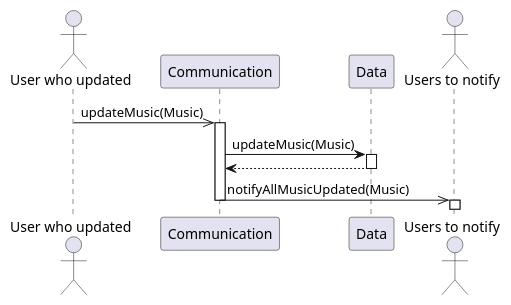
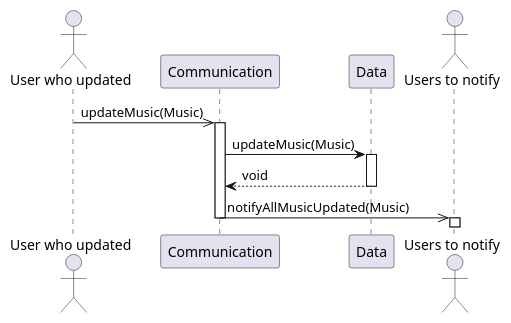
One commit to UTCAI12/Diagrams changed the diagram in sequence/2.3.update_music_file_server.puml. Above: the diagram before and after it, drawn with PlantUML. The commit also changed 4 other files, not shown here.

```diff
--- a/sequence/2.3.update_music_file_server.puml
+++ b/sequence/2.3.update_music_file_server.puml
@@ -1,18 +1,18 @@
 @startuml Edit Music (server side)
 actor "User who updated" as User1
 participant Communication
 participant Data
 actor "Users to notify" as User2
 
 User1 ->> Communication : updateMusic(Music)
 activate Communication
 Communication -> Data : updateMusic(Music)
 activate Data
-Data --> Communication
+Data --> Communication : void
 deactivate Data
 
 Communication ->> User2 : notifyAllMusicUpdated(Music)
 deactivate Communication
 activate User2
 
 @enduml
```
